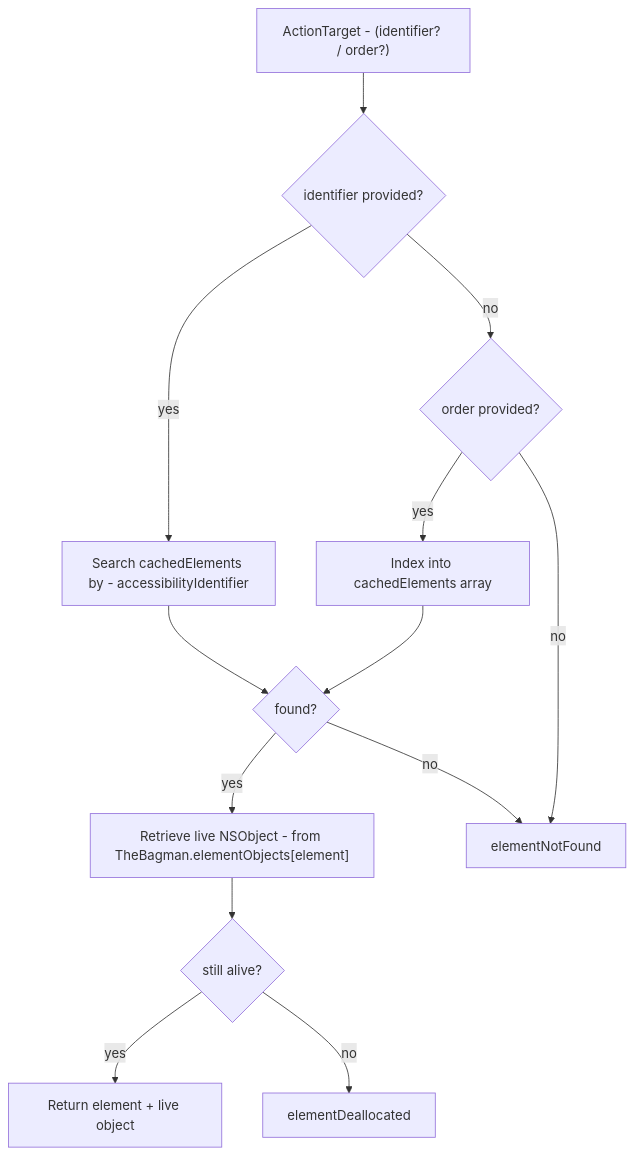
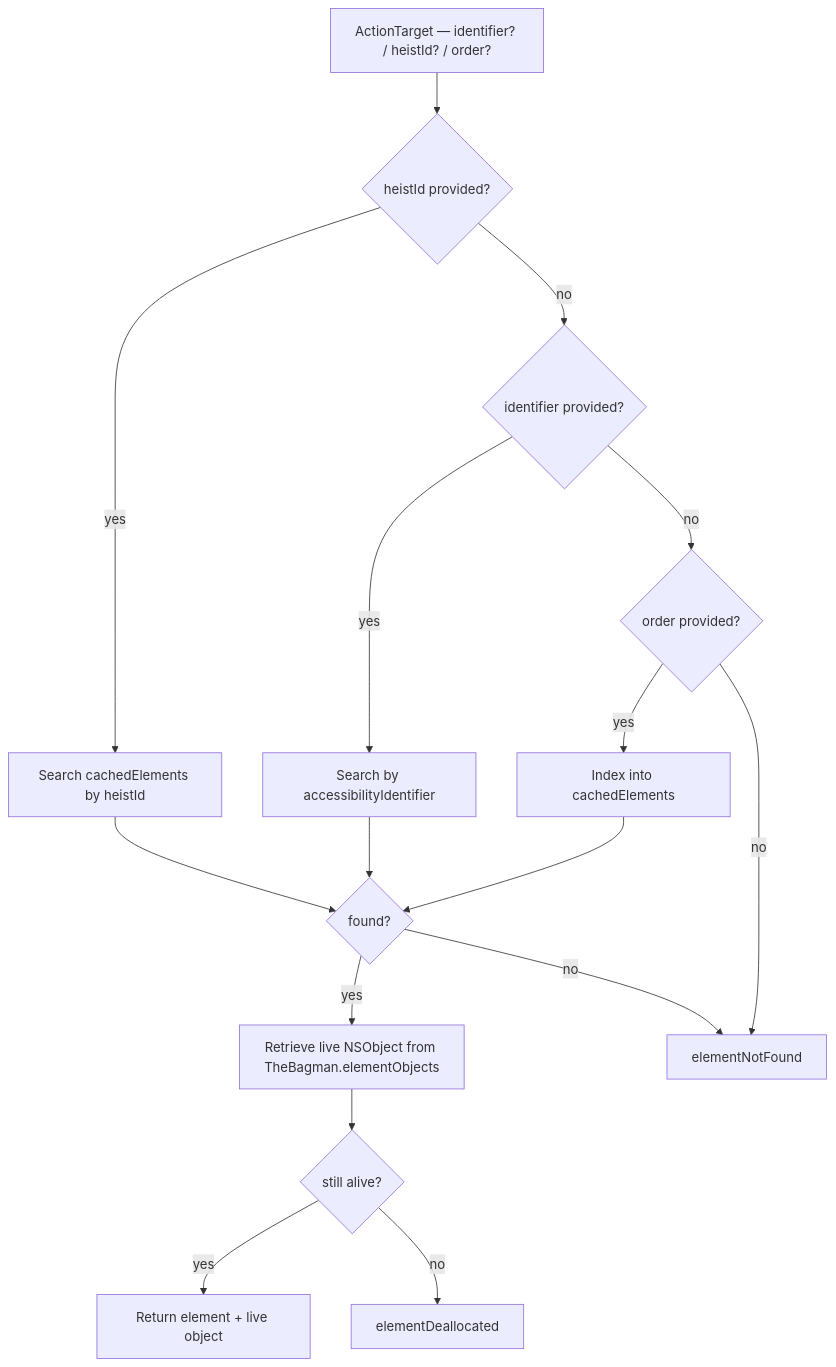
One commit to RoyalPineapple/TheButtonHeist changed the fourth of 4 diagrams in docs/dossiers/04-THESAFECRACKER.md. Above: the diagram before and after it, drawn with Mermaid. The commit also changed other lines of this file and 11 other files, not shown here.

````diff
--- a/docs/dossiers/04-THESAFECRACKER.md
+++ b/docs/dossiers/04-THESAFECRACKER.md
@@ -149,20 +220,23 @@
 ```mermaid
 flowchart TD
-    Target["ActionTarget - (identifier? / order?)"]
+    Target["ActionTarget — identifier? / heistId? / order?"]
 
-    Target --> ByIdent{identifier provided?}
-    ByIdent -->|yes| SearchIdent["Search cachedElements by - accessibilityIdentifier"]
+    Target --> ByHeistId{heistId provided?}
+    ByHeistId -->|yes| SearchHID["Search cachedElements by heistId"]
+    ByHeistId -->|no| ByIdent{identifier provided?}
+    ByIdent -->|yes| SearchIdent["Search by accessibilityIdentifier"]
     ByIdent -->|no| ByOrder{order provided?}
-    ByOrder -->|yes| SearchOrder["Index into cachedElements array"]
+    ByOrder -->|yes| SearchOrder["Index into cachedElements"]
     ByOrder -->|no| Fail["elementNotFound"]
 
-    SearchIdent --> Found{found?}
+    SearchHID --> Found{found?}
+    SearchIdent --> Found
     SearchOrder --> Found
 
-    Found -->|yes| WeakRef["Retrieve live NSObject - from TheBagman.elementObjects[element]"]
+    Found -->|yes| WeakRef["Retrieve live NSObject from TheBagman.elementObjects"]
     Found -->|no| Fail
 
     WeakRef --> Alive{still alive?}
     Alive -->|yes| UseElement["Return element + live object"]
     Alive -->|no| Dealloc["elementDeallocated"]
 ```
````
